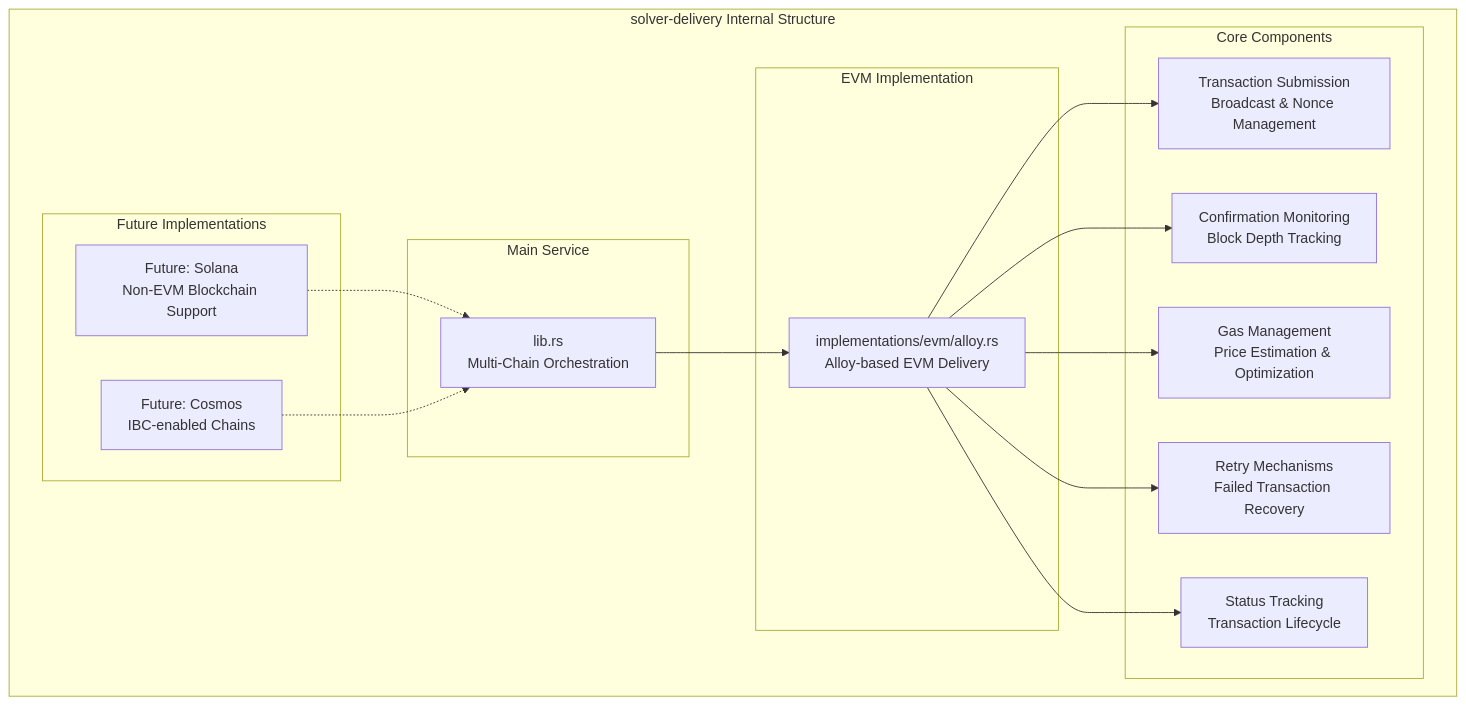
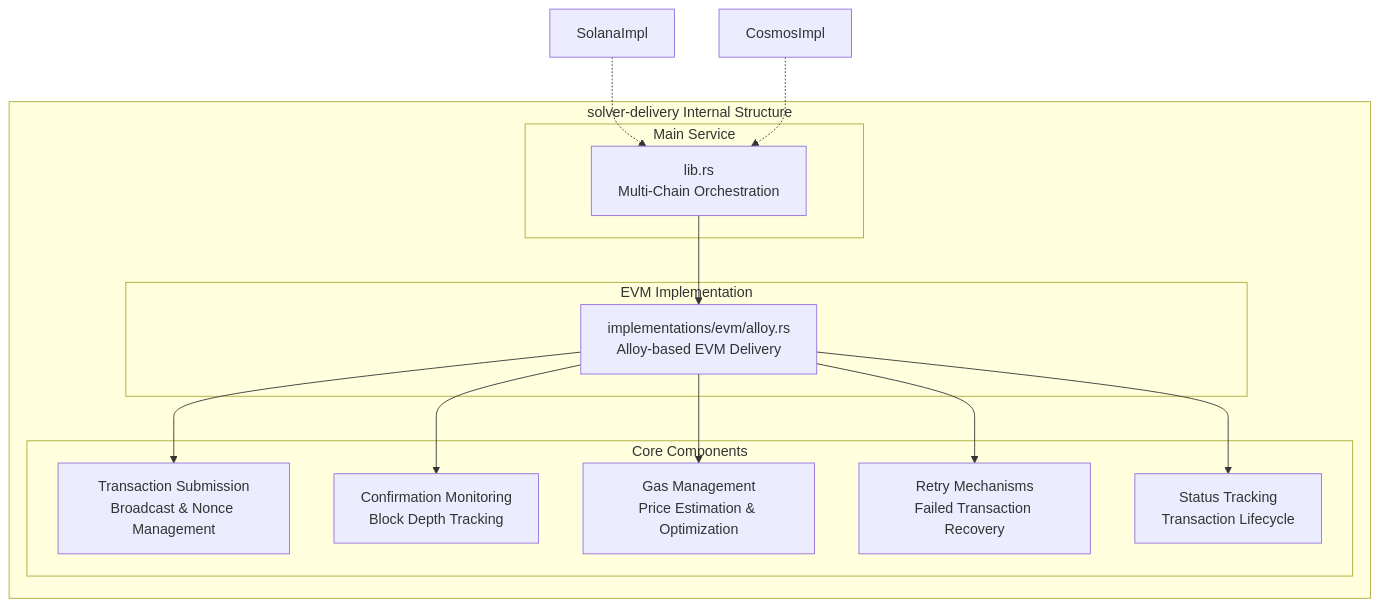
One commit to openintentsframework/oif-solver changed the first of 2 diagrams in docs/developer/crates/solver-delivery.md. Above: the diagram before and after it, drawn with Mermaid. The commit also changed 4 other files, not shown here.

````diff
--- a/docs/developer/crates/solver-delivery.md
+++ b/docs/developer/crates/solver-delivery.md
@@ -9,35 +9,30 @@
 ```mermaid
 graph TB
     subgraph "solver-delivery Internal Structure"
         subgraph "Main Service"
             DeliveryService[lib.rs<br/>Multi-Chain Orchestration]
         end
 
         subgraph "EVM Implementation"
             AlloyImpl[implementations/evm/alloy.rs<br/>Alloy-based EVM Delivery]
-        end
-
-        subgraph "Future Implementations"
-            SolanaImpl[Future: Solana<br/>Non-EVM Blockchain Support]
-            CosmosImpl[Future: Cosmos<br/>IBC-enabled Chains]
         end
 
         subgraph "Core Components"
             TxSubmission[Transaction Submission<br/>Broadcast & Nonce Management]
             ConfirmationMonitor[Confirmation Monitoring<br/>Block Depth Tracking]
             GasOptimization[Gas Management<br/>Price Estimation & Optimization]
             RetryLogic[Retry Mechanisms<br/>Failed Transaction Recovery]
             StateTracking[Status Tracking<br/>Transaction Lifecycle]
         end
     end
 
     DeliveryService --> AlloyImpl
     AlloyImpl --> TxSubmission
     AlloyImpl --> ConfirmationMonitor
     AlloyImpl --> GasOptimization
     AlloyImpl --> RetryLogic
     AlloyImpl --> StateTracking
 
     SolanaImpl -.-> DeliveryService
     CosmosImpl -.-> DeliveryService
 ```
````
